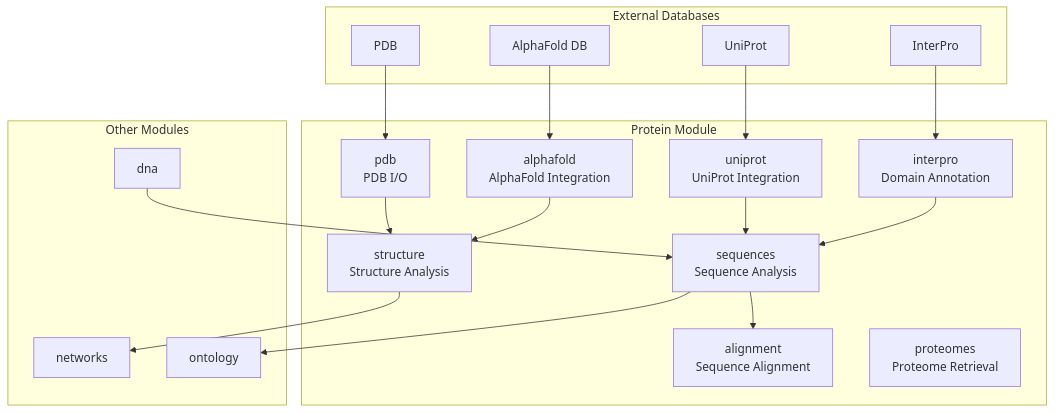
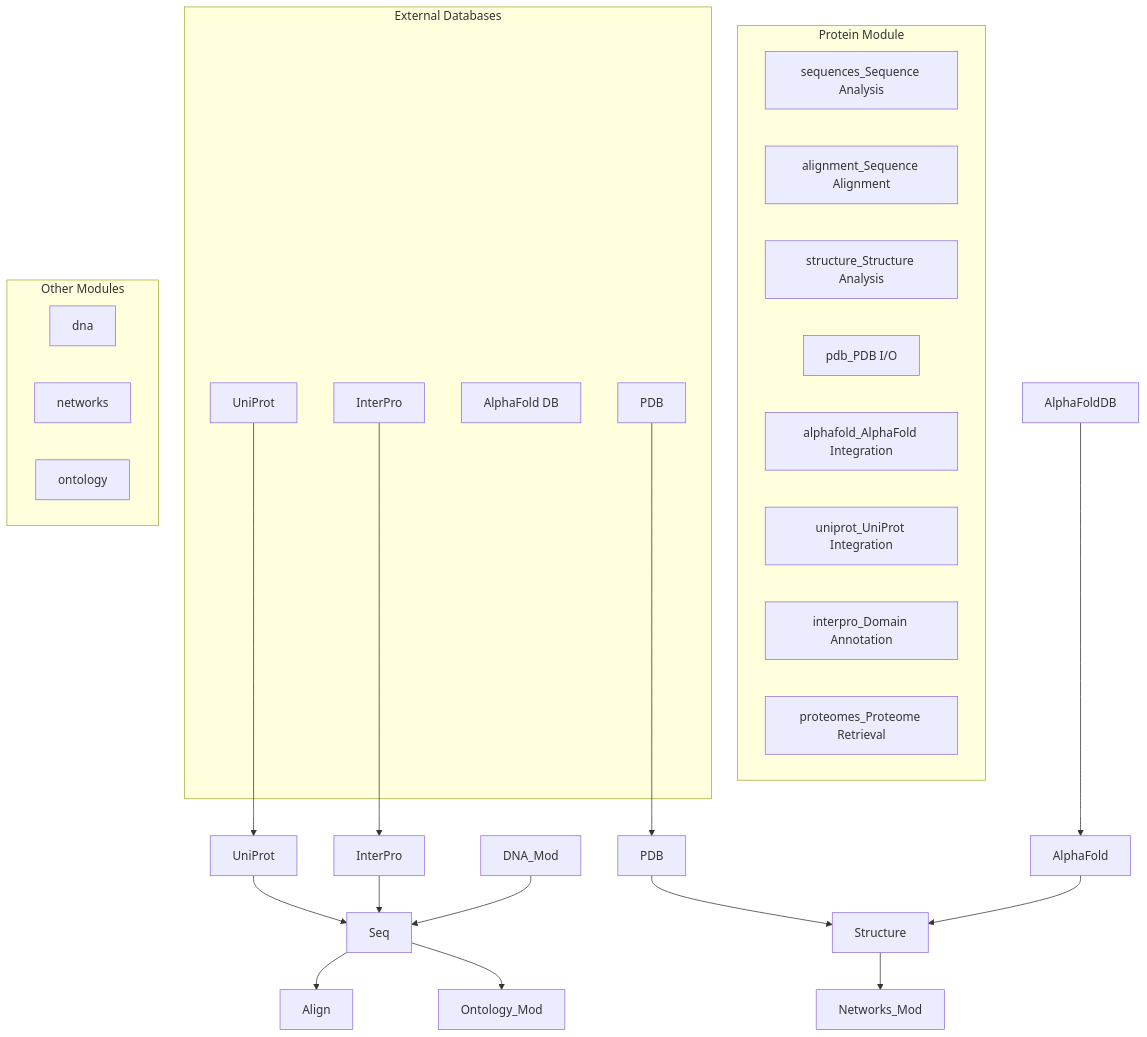
Before and after one commit to docxology/MetaInformAnt: the first of 3 diagrams in src/metainformant/protein/README.md, drawn with Mermaid. The commit also changed other lines of this file and 611 other files, not shown here.

````diff
--- a/src/metainformant/protein/README.md
+++ b/src/metainformant/protein/README.md
@@ -11,39 +11,39 @@
 ```mermaid
 graph TB
     subgraph "Protein Module"
-        Seq[sequences<br/>Sequence Analysis]
-        Align[alignment<br/>Sequence Alignment]
-        Structure[structure<br/>Structure Analysis]
-        PDB[pdb<br/>PDB I/O]
-        AlphaFold[alphafold<br/>AlphaFold Integration]
-        UniProt[uniprot<br/>UniProt Integration]
-        InterPro[interpro<br/>Domain Annotation]
-        Proteomes[proteomes<br/>Proteome Retrieval]
+        SeqsequencesSequenceAnalysis[sequences_Sequence Analysis]
+        AlignalignmentSequenceAlignment[alignment_Sequence Alignment]
+        StructurestructureStructureAnalysis[structure_Structure Analysis]
+        PDBpdbPdbI/o[pdb_PDB I/O]
+        AlphaFoldalphafoldAlphafoldIntegration[alphafold_AlphaFold Integration]
+        UniProtuniprotUniprotIntegration[uniprot_UniProt Integration]
+        InterProinterproDomainAnnotation[interpro_Domain Annotation]
+        ProteomesproteomesProteomeRetrieval[proteomes_Proteome Retrieval]
     end
     
     subgraph "External Databases"
         UniProtDB[UniProt]
         PDBDB[PDB]
-        AlphaFoldDB[AlphaFold DB]
+        AlphaFoldDBalphafoldDb[AlphaFold DB]
         InterProDB[InterPro]
     end
     
     subgraph "Other Modules"
-        DNA_Mod[dna]
-        Networks_Mod[networks]
-        Ontology_Mod[ontology]
+        dna[dna]
+        networks[networks]
+        ontology[ontology]
     end
     
     UniProtDB --> UniProt
     PDBDB --> PDB
     AlphaFoldDB --> AlphaFold
     InterProDB --> InterPro
     UniProt --> Seq
     PDB --> Structure
     AlphaFold --> Structure
     InterPro --> Seq
     Seq --> Align
     Structure --> Networks_Mod
     Seq --> Ontology_Mod
     DNA_Mod --> Seq
 ```
````
